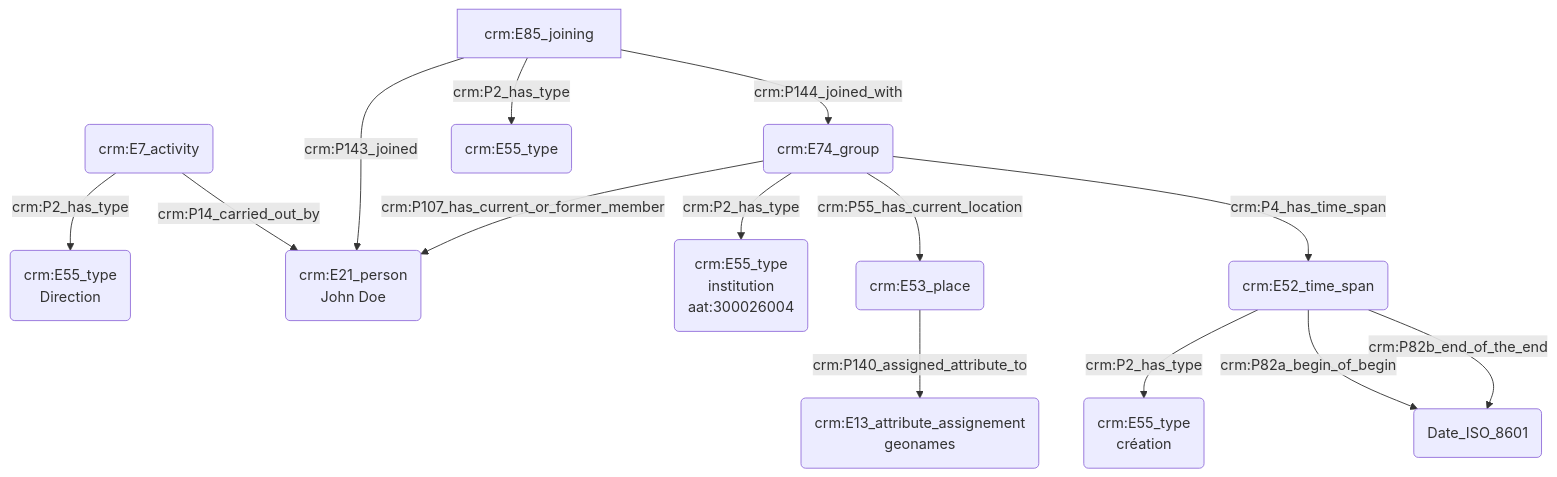
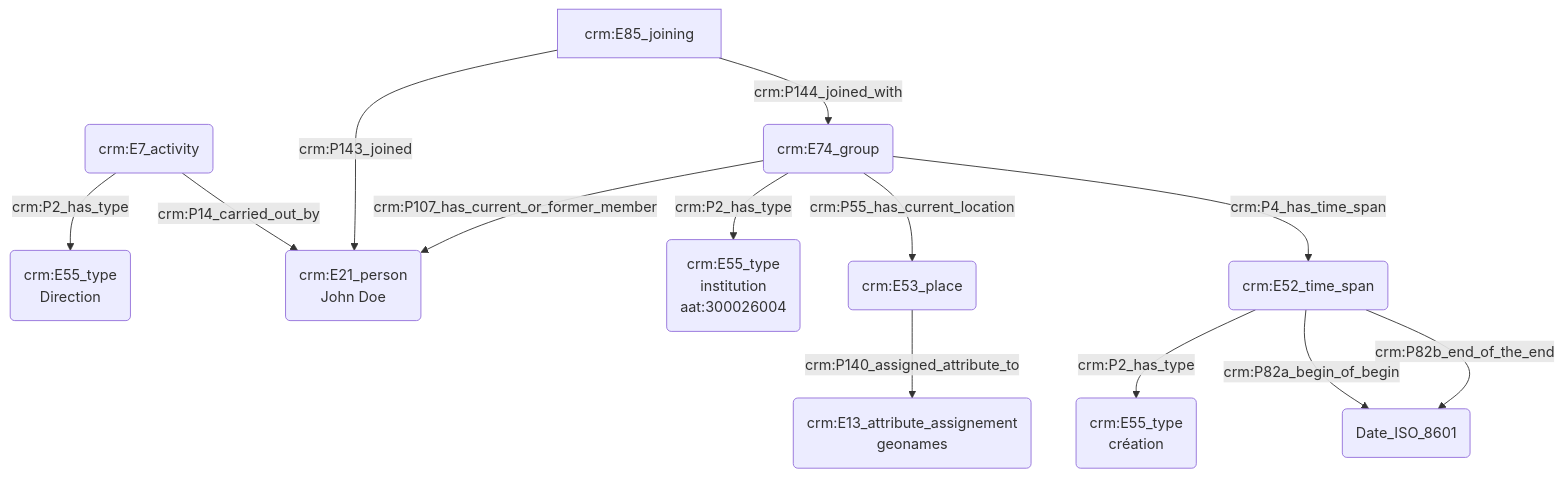
The diagram in modules/livrables/Dossier 2/Prosopographie/statut ou rôle au sein d'une institution.md (Amleth/consortium-musica2-gt2-ontologies), drawn with Mermaid before and after one commit.

Commit message:
Update statut ou rôle au sein d'une institution.md

````diff
--- a/modules/livrables/Dossier 2/Prosopographie/statut ou rôle au sein d'une institution.md
+++ b/modules/livrables/Dossier 2/Prosopographie/statut ou rôle au sein d'une institution.md
@@ -11,20 +11,19 @@
 ```mermaid
 graph TD;
 
 H(crm:E7_activity) --> |crm:P2_has_type| I(crm:E55_type<br>Direction)
 H(crm:E7_activity) --> |crm:P14_carried_out_by| K(crm:E21_person<br>John Doe)
 
 L[crm:E85_joining] -->|crm:P143_joined| K(crm:E21_person<br>John Doe)
 M(crm:E74_group) --> |crm:P107_has_current_or_former_member| K(crm:E21_person<br>John Doe)
 L[crm:E85_joining] --> |crm:P144_joined_with| M(crm:E74_group)
-L[crm:E85_joining] --> |crm:P2_has_type| Z(crm:E55_type)
 
 M(crm:E74_group) -->|crm:P2_has_type| N(crm:E55_type<br>institution<br>aat:300026004)
 M(crm:E74_group) -->|crm:P55_has_current_location| O(crm:E53_place)
 O(crm:E53_place) -->|crm:P140_assigned_attribute_to| P(crm:E13_attribute_assignement<br>geonames)
 M(crm:E74_group) -->|crm:P4_has_time_span| R(crm:E52_time_span)
 R(crm:E52_time_span) -->|crm:P2_has_type| T(crm:E55_type<br>création)
 R(crm:E52_time_span) -->|crm:P82a_begin_of_begin| S(Date_ISO_8601)
 R(crm:E52_time_span) -->|crm:P82b_end_of_the_end| S(Date_ISO_8601)
 
 ```
````
